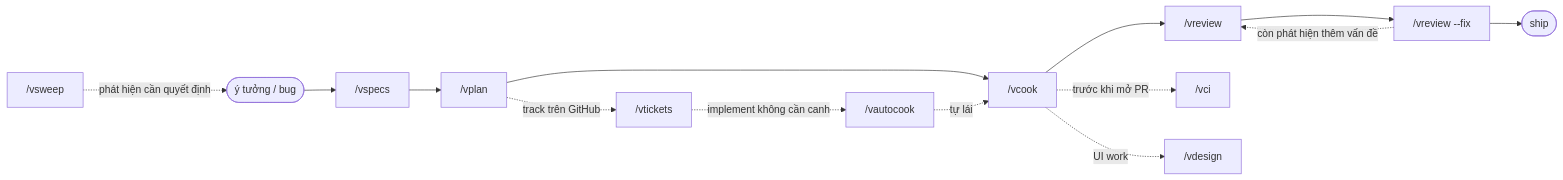
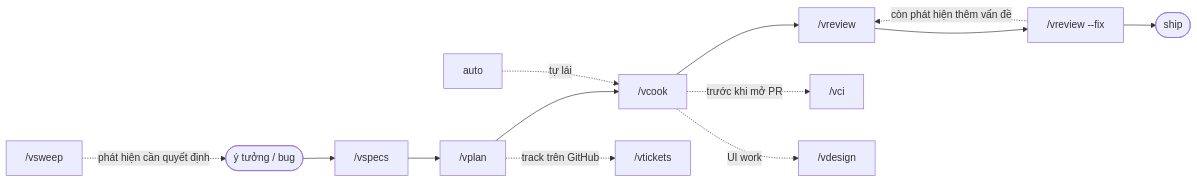
One commit to vyvu99/vskills changed the diagram in README.vi.md. Above: the diagram before and after it, drawn with Mermaid. The commit also changed other lines of this file and 50 other files, not shown here.

````diff
--- a/README.vi.md
+++ b/README.vi.md
@@ -58,18 +57,17 @@
 ```mermaid
 flowchart LR
     idea(["ý tưởng / bug"]) --> specs["/vspecs"]
     specs --> plan["/vplan"]
     plan --> cook["/vcook"]
     cook --> review["/vreview"]
     review --> fix["/vreview --fix"]
     fix -. còn phát hiện thêm vấn đề .-> review
     fix --> ship(["ship"])
 
     plan -. track trên GitHub .-> tickets["/vtickets"]
-    tickets -. implement không cần canh .-> auto["/vautocook"]
     auto -. tự lái .-> cook
     cook -. trước khi mở PR .-> ci["/vci"]
     cook -. UI work .-> design["/vdesign"]
 
     sweep["/vsweep"] -. phát hiện cần quyết định .-> idea
 ```
````
